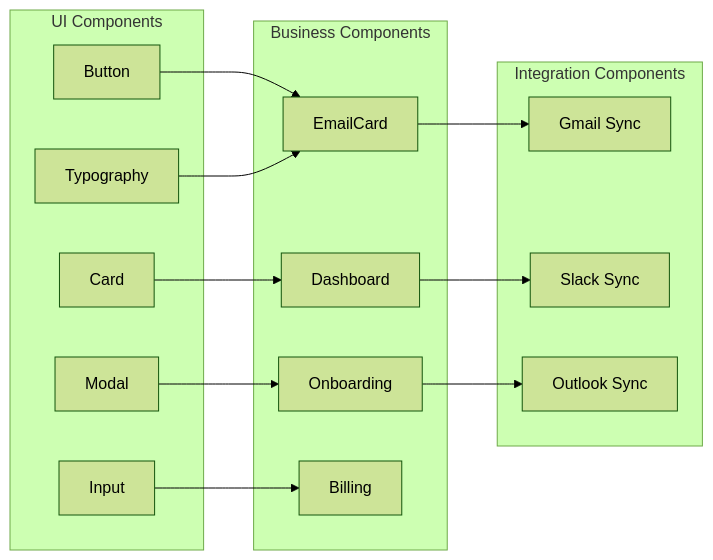
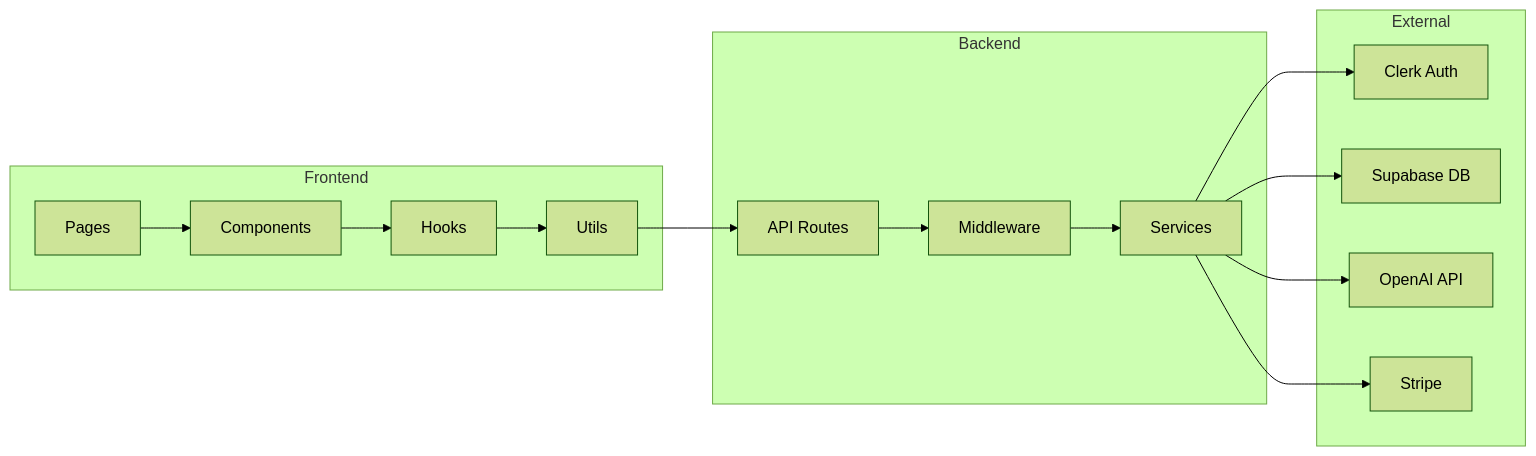
One commit to HenryVantieghem/Meridian-app changed the second of 18 diagrams in docs/ARCHITECTURE.md. Above: the diagram before and after it, drawn with Mermaid (forest theme). The commit also changed other lines of this file and 8 other files, not shown here.

````diff
--- a/docs/ARCHITECTURE.md
+++ b/docs/ARCHITECTURE.md
@@ -88,32 +41,33 @@
 ```mermaid
 graph LR
-    subgraph "UI Components"
-        Button[Button]
-        Card[Card]
-        Modal[Modal]
-        Input[Input]
-        Typography[Typography]
+    subgraph "Frontend"
+        Pages[Pages]
+        Components[Components]
+        Hooks[Hooks]
+        Utils[Utils]
     end
-
-    subgraph "Business Components"
-        EmailCard[EmailCard]
-        Dashboard[Dashboard]
-        Onboarding[Onboarding]
-        Billing[Billing]
+    
+    subgraph "Backend"
+        API[API Routes]
+        Middleware[Middleware]
+        Services[Services]
     end
-
-    subgraph "Integration Components"
-        GmailSync[Gmail Sync]
-        SlackSync[Slack Sync]
-        OutlookSync[Outlook Sync]
+    
+    subgraph "External"
+        Auth[Clerk Auth]
+        DB[Supabase DB]
+        AI[OpenAI API]
+        Payments[Stripe]
     end
-
-    Button --> EmailCard
-    Card --> Dashboard
-    Modal --> Onboarding
-    Input --> Billing
-    Typography --> EmailCard
-    EmailCard --> GmailSync
-    Dashboard --> SlackSync
-    Onboarding --> OutlookSync
+    
+    Pages --> Components
+    Components --> Hooks
+    Hooks --> Utils
+    Utils --> API
+    API --> Middleware
+    Middleware --> Services
+    Services --> Auth
+    Services --> DB
+    Services --> AI
+    Services --> Payments
 ```
````
